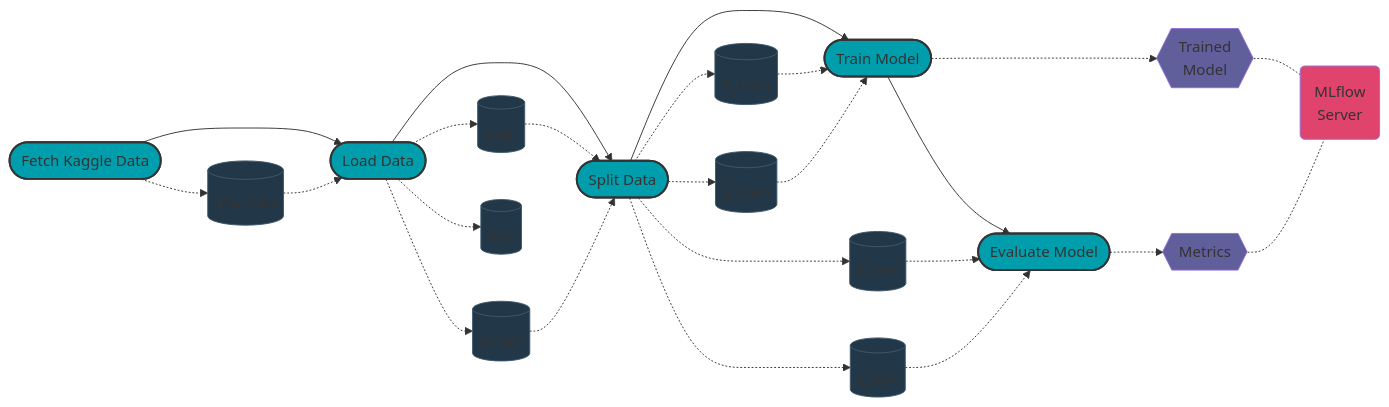
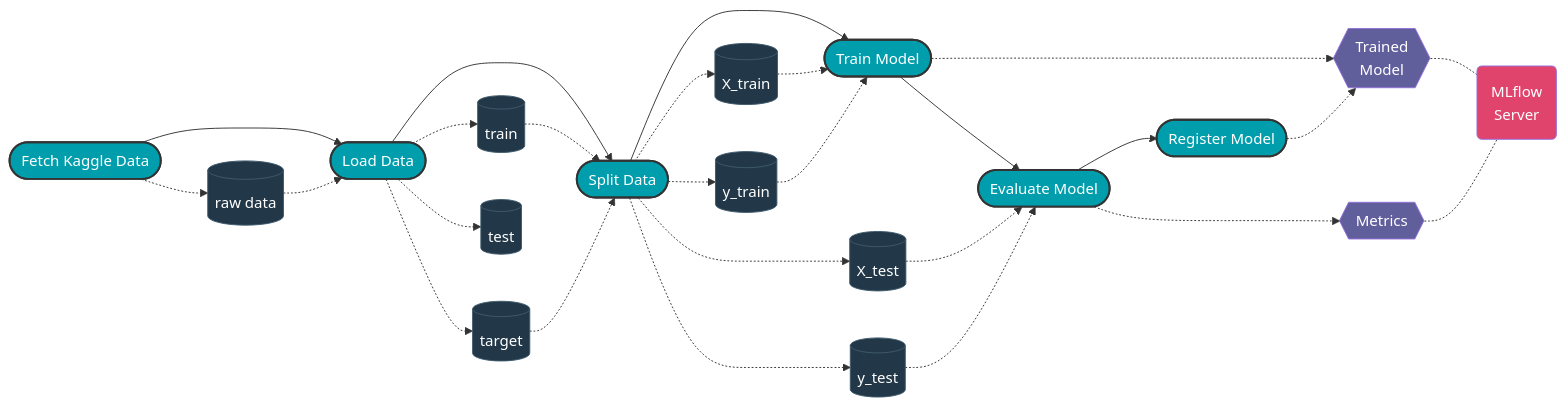
One commit to jordandelbar/titanic-kaggle changed the diagram in README.md. Above: the diagram before and after it, drawn with Mermaid. The commit also changed other lines of this file and 12 other files, not shown here.

First line of the commit message:
Feat: register model step and model promotion logic (#3)

```diff
--- a/README.md
+++ b/README.md
@@ -20,6 +20,7 @@
 splitter([Split Data])
 trainer([Train Model])
 evaluator([Evaluate Model])
+register([Register Model])
 
 %% Data definitions
 raw_data[(raw data)]
@@ -43,6 +44,7 @@
 loader --> splitter
 splitter --> trainer
 trainer --> evaluator
+evaluator --> register
 
 %% Data relationships
 fetch_data_kaggle .-> raw_data
@@ -64,15 +66,16 @@
 %% Artifacts relationships
 trainer .-> trained_model
 evaluator .-> metrics
+register .-> trained_model
 
 trained_model -.- mlflow
 metrics -.- mlflow
 
 %% Color definitions
-classDef step fill:#009EAC,stroke:#333,stroke-width:2px;
-classDef data fill:#223848,stroke:#3F5A6C;
-classDef artifact fill:#615E9C;
-classDef server fill:#E0446D;
+classDef step fill:#009EAC,stroke:#333,stroke-width:2px,color:#fff;
+classDef data fill:#223848,stroke:#3F5A6C,color:#fff;
+classDef artifact fill:#615E9C,color:#fff;
+classDef server fill:#E0446D,color:#fff;
 
 %% Colors
     %% Steps
@@ -81,6 +84,7 @@
     class splitter step;
     class trainer step;
     class evaluator step;
+    class register step;
 
     %% Data
     class raw_data data;
```
